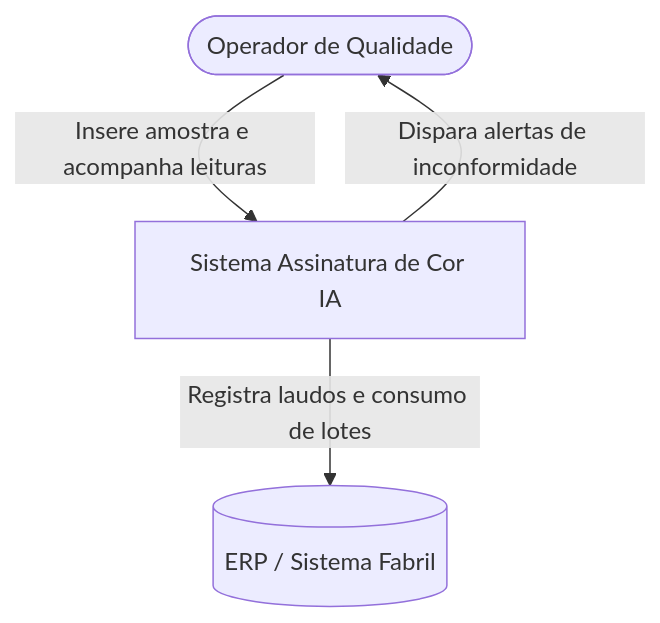
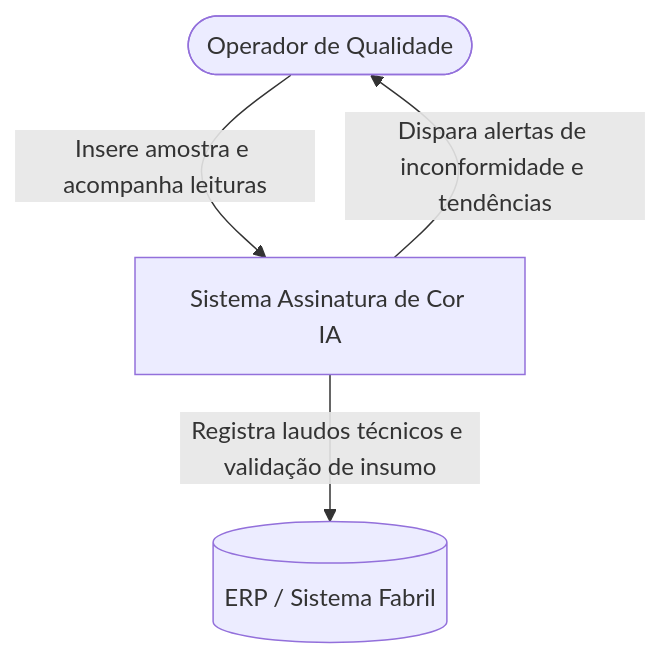
One commit to hellennverenaa/assinatura-cor-ia changed the second of 4 diagrams in README.md. Above: the diagram before and after it, drawn with Mermaid. The commit also changed other lines of this file, not shown here.

Commit message:
docs: Atualiza o README com o fluxo operacional detalhado, diagramas do sistema e documentação técnica refinada.

````diff
--- a/README.md
+++ b/README.md
@@ -13,10 +38,10 @@
 ```mermaid
 graph TD
     Operador([Operador de Qualidade])
     Sistema[Sistema Assinatura de Cor IA]
     ERP[(ERP / Sistema Fabril)]
 
     Operador -->|Insere amostra e acompanha leituras| Sistema
-    Sistema -->|Dispara alertas de inconformidade| Operador
-    Sistema -->|Registra laudos e consumo de lotes| ERP
+    Sistema -->|Dispara alertas de inconformidade e tendências| Operador
+    Sistema -->|Registra laudos técnicos e validação de insumo| ERP
 ```
````
